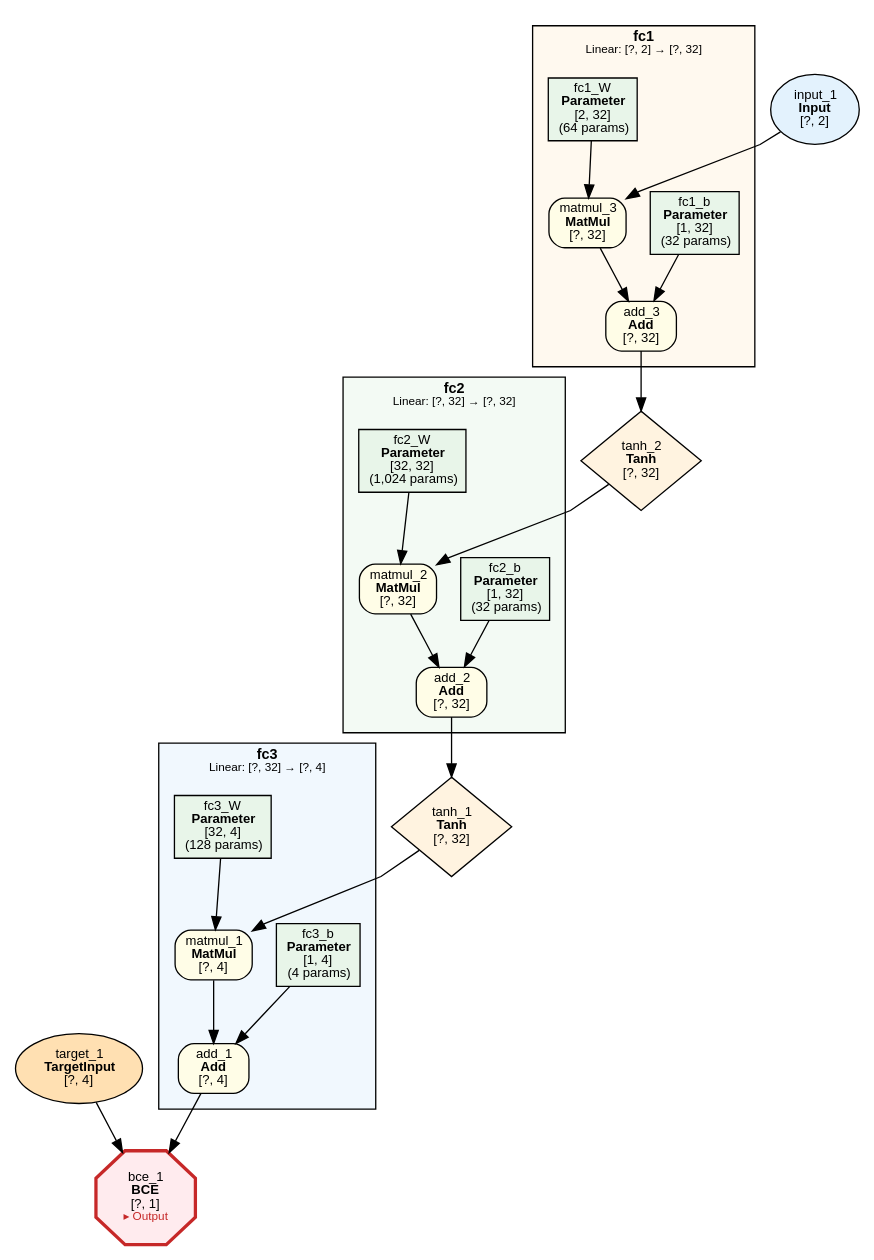
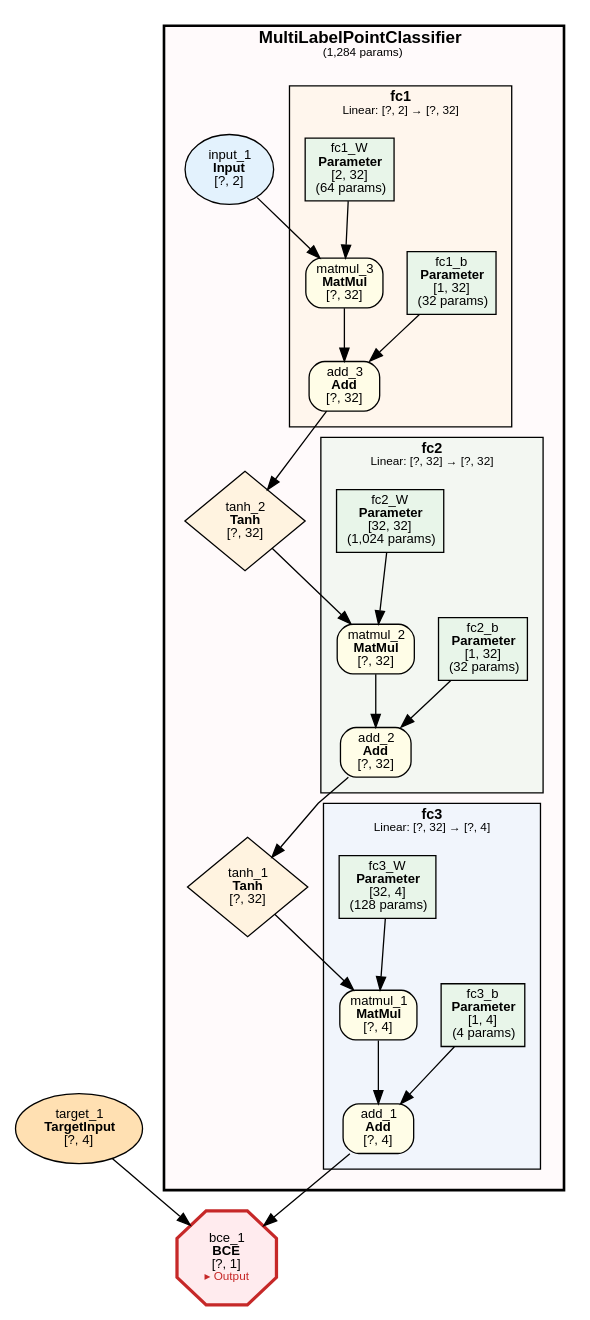
One commit to dbsxdbsx/only_torch changed the diagram in examples/multi_label_point/multi_label_point.dot. Above: the diagram before and after it, drawn with Graphviz. The commit also changed 29 other files, not shown here.

```diff
--- a/examples/multi_label_point/multi_label_point.dot
+++ b/examples/multi_label_point/multi_label_point.dot
@@ -1,69 +1,79 @@
 digraph ComputeGraph {
     rankdir=TB;
     newrank=true;
     splines=polyline;
     node [fontname="Microsoft YaHei,SimHei,Arial"];
     edge [fontname="Microsoft YaHei,SimHei,Arial"];
 
-    subgraph cluster_group_linear_2 {
-        label=<<B>fc3</B><BR/><FONT POINT-SIZE="9">Linear: [?, 32] → [?, 4]</FONT>>;
-        style=filled;
-        fillcolor="#E3F2FD80";
+    subgraph cluster_model_MultiLabelPointClassifier {
+        label=<<B>MultiLabelPointClassifier</B><BR/><FONT POINT-SIZE="9">(1,284 params)</FONT>>;
+        style="filled,bold";
+        fillcolor="#FFEBEE40";
         fontname="Microsoft YaHei,SimHei,Arial";
-        fontsize=11;
-        margin=12;
-            "2" [label=<add_1<BR/><B>Add</B><BR/>[?, 4]> shape=box style="filled,rounded" fillcolor="#FFFDE7" fontsize=10];
-            "4" [label=<matmul_1<BR/><B>MatMul</B><BR/>[?, 4]> shape=box style="filled,rounded" fillcolor="#FFFDE7" fontsize=10];
-            "5" [label=<fc3_b<BR/><B>Parameter</B><BR/>[1, 4]<BR/>(4 params)> shape=box style=filled fillcolor="#E8F5E9" fontsize=10];
-            "7" [label=<fc3_W<BR/><B>Parameter</B><BR/>[32, 4]<BR/>(128 params)> shape=box style=filled fillcolor="#E8F5E9" fontsize=10];
-    }
+        fontsize=13;
+        margin=16;
 
-    subgraph cluster_group_linear_1 {
-        label=<<B>fc2</B><BR/><FONT POINT-SIZE="9">Linear: [?, 32] → [?, 32]</FONT>>;
-        style=filled;
-        fillcolor="#E8F5E980";
-        fontname="Microsoft YaHei,SimHei,Arial";
-        fontsize=11;
-        margin=12;
-            "8" [label=<add_2<BR/><B>Add</B><BR/>[?, 32]> shape=box style="filled,rounded" fillcolor="#FFFDE7" fontsize=10];
-            "9" [label=<matmul_2<BR/><B>MatMul</B><BR/>[?, 32]> shape=box style="filled,rounded" fillcolor="#FFFDE7" fontsize=10];
-            "10" [label=<fc2_b<BR/><B>Parameter</B><BR/>[1, 32]<BR/>(32 params)> shape=box style=filled fillcolor="#E8F5E9" fontsize=10];
-            "12" [label=<fc2_W<BR/><B>Parameter</B><BR/>[32, 32]<BR/>(1,024 params)> shape=box style=filled fillcolor="#E8F5E9" fontsize=10];
-    }
+        subgraph cluster_MultiLabelPointClassifier_fc3 {
+            label=<<B>fc3</B><BR/><FONT POINT-SIZE="9">Linear: [?, 32] → [?, 4]</FONT>>;
+            style=filled;
+            fillcolor="#E3F2FD80";
+            fontname="Microsoft YaHei,SimHei,Arial";
+            fontsize=11;
+            margin=12;
+                "2" [label=<add_1<BR/><B>Add</B><BR/>[?, 4]> shape=box style="filled,rounded" fillcolor="#FFFDE7" fontsize=10];
+                "4" [label=<matmul_1<BR/><B>MatMul</B><BR/>[?, 4]> shape=box style="filled,rounded" fillcolor="#FFFDE7" fontsize=10];
+                "5" [label=<fc3_b<BR/><B>Parameter</B><BR/>[1, 4]<BR/>(4 params)> shape=box style=filled fillcolor="#E8F5E9" fontsize=10];
+                "7" [label=<fc3_W<BR/><B>Parameter</B><BR/>[32, 4]<BR/>(128 params)> shape=box style=filled fillcolor="#E8F5E9" fontsize=10];
+        }
 
-    subgraph cluster_group_linear_0 {
-        label=<<B>fc1</B><BR/><FONT POINT-SIZE="9">Linear: [?, 2] → [?, 32]</FONT>>;
-        style=filled;
-        fillcolor="#FFF3E080";
-        fontname="Microsoft YaHei,SimHei,Arial";
-        fontsize=11;
-        margin=12;
-            "13" [label=<add_3<BR/><B>Add</B><BR/>[?, 32]> shape=box style="filled,rounded" fillcolor="#FFFDE7" fontsize=10];
-            "14" [label=<matmul_3<BR/><B>MatMul</B><BR/>[?, 32]> shape=box style="filled,rounded" fillcolor="#FFFDE7" fontsize=10];
-            "15" [label=<fc1_b<BR/><B>Parameter</B><BR/>[1, 32]<BR/>(32 params)> shape=box style=filled fillcolor="#E8F5E9" fontsize=10];
-            "17" [label=<fc1_W<BR/><B>Parameter</B><BR/>[2, 32]<BR/>(64 params)> shape=box style=filled fillcolor="#E8F5E9" fontsize=10];
+        subgraph cluster_MultiLabelPointClassifier_fc2 {
+            label=<<B>fc2</B><BR/><FONT POINT-SIZE="9">Linear: [?, 32] → [?, 32]</FONT>>;
+            style=filled;
+            fillcolor="#E8F5E980";
+            fontname="Microsoft YaHei,SimHei,Arial";
+            fontsize=11;
+            margin=12;
+                "8" [label=<add_2<BR/><B>Add</B><BR/>[?, 32]> shape=box style="filled,rounded" fillcolor="#FFFDE7" fontsize=10];
+                "9" [label=<matmul_2<BR/><B>MatMul</B><BR/>[?, 32]> shape=box style="filled,rounded" fillcolor="#FFFDE7" fontsize=10];
+                "10" [label=<fc2_b<BR/><B>Parameter</B><BR/>[1, 32]<BR/>(32 params)> shape=box style=filled fillcolor="#E8F5E9" fontsize=10];
+                "12" [label=<fc2_W<BR/><B>Parameter</B><BR/>[32, 32]<BR/>(1,024 params)> shape=box style=filled fillcolor="#E8F5E9" fontsize=10];
+        }
+
+        subgraph cluster_MultiLabelPointClassifier_fc1 {
+            label=<<B>fc1</B><BR/><FONT POINT-SIZE="9">Linear: [?, 2] → [?, 32]</FONT>>;
+            style=filled;
+            fillcolor="#FFF3E080";
+            fontname="Microsoft YaHei,SimHei,Arial";
+            fontsize=11;
+            margin=12;
+                "13" [label=<add_3<BR/><B>Add</B><BR/>[?, 32]> shape=box style="filled,rounded" fillcolor="#FFFDE7" fontsize=10];
+                "14" [label=<matmul_3<BR/><B>MatMul</B><BR/>[?, 32]> shape=box style="filled,rounded" fillcolor="#FFFDE7" fontsize=10];
+                "15" [label=<fc1_b<BR/><B>Parameter</B><BR/>[1, 32]<BR/>(32 params)> shape=box style=filled fillcolor="#E8F5E9" fontsize=10];
+                "17" [label=<fc1_W<BR/><B>Parameter</B><BR/>[2, 32]<BR/>(64 params)> shape=box style=filled fillcolor="#E8F5E9" fontsize=10];
+        }
+
+        "6" [label=<tanh_1<BR/><B>Tanh</B><BR/>[?, 32]> shape=diamond style=filled fillcolor="#FFF3E0" fontsize=10];
+        "11" [label=<tanh_2<BR/><B>Tanh</B><BR/>[?, 32]> shape=diamond style=filled fillcolor="#FFF3E0" fontsize=10];
+        "16" [label=<input_1<BR/><B>Input</B><BR/>[?, 2]> shape=ellipse style=filled fillcolor="#E3F2FD" fontsize=10];
     }
 
     "1" [label=<bce_1<BR/><B>BCE</B><BR/>[?, 1]<BR/><FONT COLOR="#C62828" POINT-SIZE="9">▸ Output</FONT>> shape=octagon style=filled fillcolor="#FFEBEE" fontsize=10 penwidth=2.5 color="#C62828"];
     "3" [label=<target_1<BR/><B>TargetInput</B><BR/>[?, 4]> shape=ellipse style=filled fillcolor="#FFE0B2" fontsize=10];
-    "6" [label=<tanh_1<BR/><B>Tanh</B><BR/>[?, 32]> shape=diamond style=filled fillcolor="#FFF3E0" fontsize=10];
-    "11" [label=<tanh_2<BR/><B>Tanh</B><BR/>[?, 32]> shape=diamond style=filled fillcolor="#FFF3E0" fontsize=10];
-    "16" [label=<input_1<BR/><B>Input</B><BR/>[?, 2]> shape=ellipse style=filled fillcolor="#E3F2FD" fontsize=10];
 
     "2" -> "1";
     "3" -> "1";
     "4" -> "2";
     "5" -> "2";
     "6" -> "4";
     "7" -> "4";
     "8" -> "6";
     "9" -> "8";
     "10" -> "8";
     "11" -> "9";
     "12" -> "9";
     "13" -> "11";
     "14" -> "13";
     "15" -> "13";
     "16" -> "14";
     "17" -> "14";
 }
```
